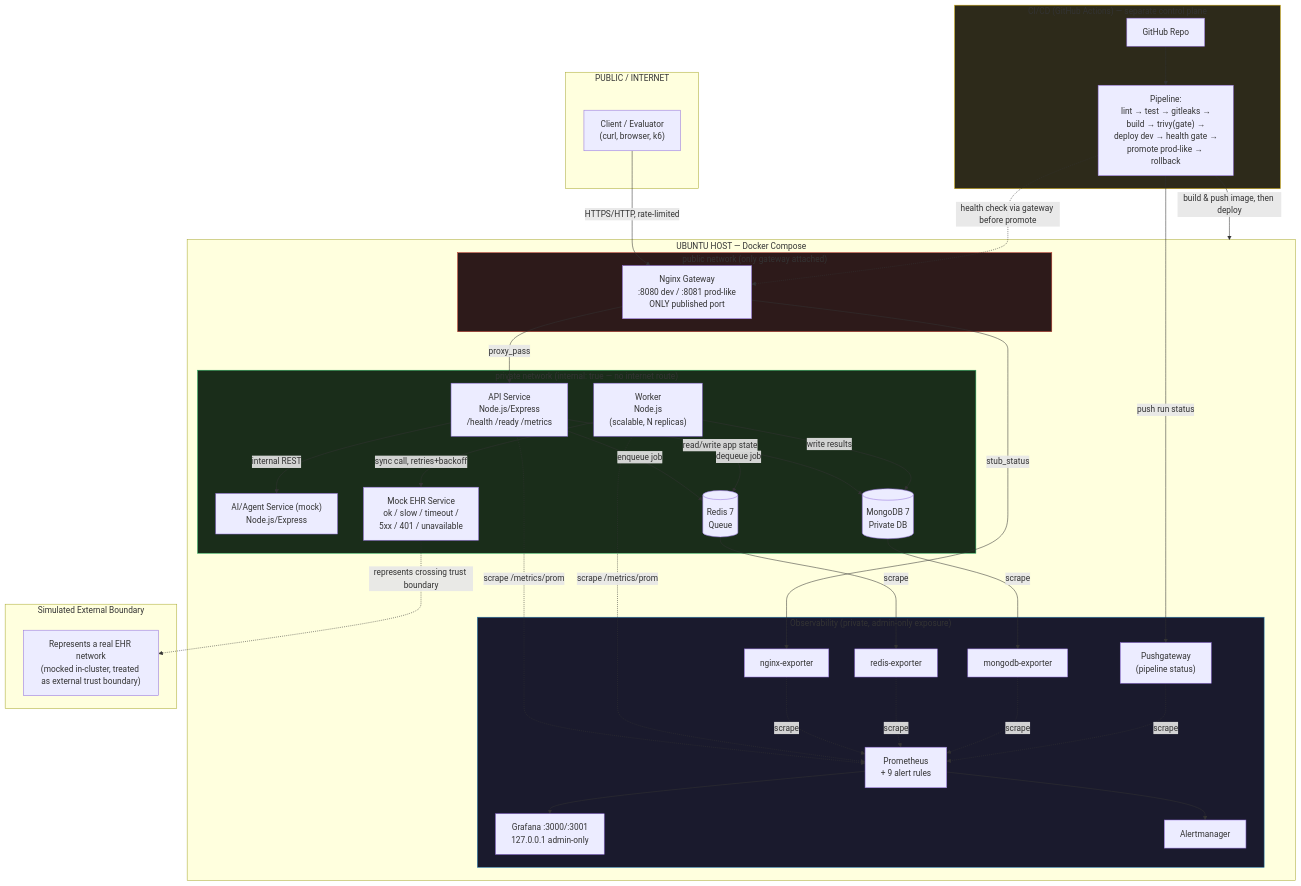
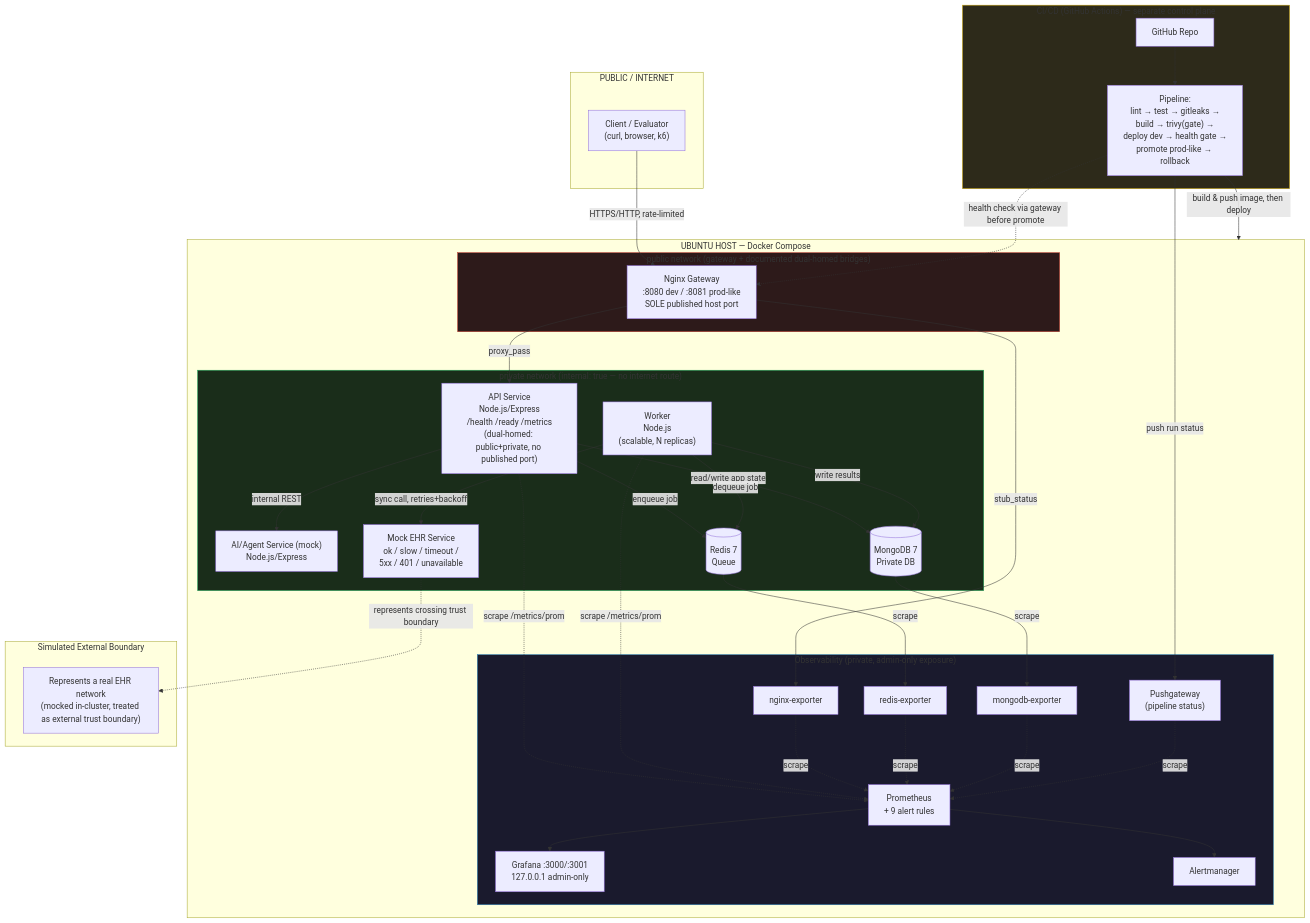
The first of 2 diagrams in docs/TARGET_ARCHITECTURE.md (viggu777/ai-healthcare-cloud-infra-simulation), drawn with Mermaid before and after one commit. The commit also changed other lines of this file and 8 other files, not shown here.

````diff
--- a/docs/TARGET_ARCHITECTURE.md
+++ b/docs/TARGET_ARCHITECTURE.md
@@ -45,65 +45,65 @@
 ```mermaid
 flowchart TB
     subgraph INTERNET["PUBLIC / INTERNET"]
         CLIENT["Client / Evaluator<br/>(curl, browser, k6)"]
     end
 
     subgraph DEVOPS["CI/CD (GitHub Actions) — separate control plane"]
         GH["GitHub Repo"] --> PIPE["Pipeline:<br/>lint → test → gitleaks →<br/>build → trivy(gate) →<br/>deploy dev → health gate →<br/>promote prod-like → rollback"]
     end
 
     subgraph HOST["UBUNTU HOST — Docker Compose"]
-        subgraph PUBNET["public network (only gateway attached)"]
-            NGINX["Nginx Gateway<br/>:8080 dev / :8081 prod-like<br/>ONLY published port"]
-        end
+    subgraph PUBNET["public network (gateway + documented dual-homed bridges)"]
+        NGINX["Nginx Gateway<br/>:8080 dev / :8081 prod-like<br/>SOLE published host port"]
+    end
 
-        subgraph PRIVNET["private network (internal: true — no internet route)"]
-            API["API Service<br/>Node.js/Express<br/>/health /ready /metrics"]
+    subgraph PRIVNET["private network (internal: true — no internet route)"]
+        API["API Service<br/>Node.js/Express<br/>/health /ready /metrics<br/>(dual-homed: public+private, no published port)"]
             AI["AI/Agent Service (mock)<br/>Node.js/Express"]
             WORKER["Worker<br/>Node.js<br/>(scalable, N replicas)"]
             REDIS[("Redis 7<br/>Queue")]
             MONGO[("MongoDB 7<br/>Private DB")]
             EHR["Mock EHR Service<br/>ok / slow / timeout /<br/>5xx / 401 / unavailable"]
         end
 
         subgraph OBS["Observability (private, admin-only exposure)"]
             PROM["Prometheus<br/>+ 9 alert rules"]
             GRAF["Grafana :3000/:3001<br/>127.0.0.1 admin-only"]
             AM["Alertmanager"]
             PG["Pushgateway<br/>(pipeline status)"]
             REXP["redis-exporter"]
             MEXP["mongodb-exporter"]
             NEXP["nginx-exporter"]
         end
     end
 
     subgraph EXT["Simulated External Boundary"]
         EHRNOTE["Represents a real EHR network<br/>(mocked in-cluster, treated as external trust boundary)"]
     end
 
     CLIENT -->|HTTPS/HTTP, rate-limited| NGINX
     NGINX -->|proxy_pass| API
     API -->|internal REST| AI
     API -->|enqueue job| REDIS
     API -->|read/write app state| MONGO
     WORKER -->|dequeue job| REDIS
     WORKER -->|write results| MONGO
     WORKER -->|sync call, retries+backoff| EHR
     EHR -.->|represents crossing trust boundary| EHRNOTE
     API -.->|scrape /metrics/prom| PROM
     WORKER -.->|scrape /metrics/prom| PROM
     NGINX -->|stub_status| NEXP -.->|scrape| PROM
     REDIS -->|scrape| REXP -.->|scrape| PROM
     MONGO -->|scrape| MEXP -.->|scrape| PROM
     PIPE -->|push run status| PG -.->|scrape| PROM
     PROM --> AM
     PROM --> GRAF
 
     PIPE -->|build & push image, then deploy| HOST
     PIPE -.->|health check via gateway before promote| NGINX
 
     style PUBNET fill:#2d1a1a,stroke:#c0392b
     style PRIVNET fill:#1a2d1a,stroke:#27ae60
     style OBS fill:#1a1a2d,stroke:#2980b9
     style DEVOPS fill:#2d2a1a,stroke:#d4ac0d
 ```
````
